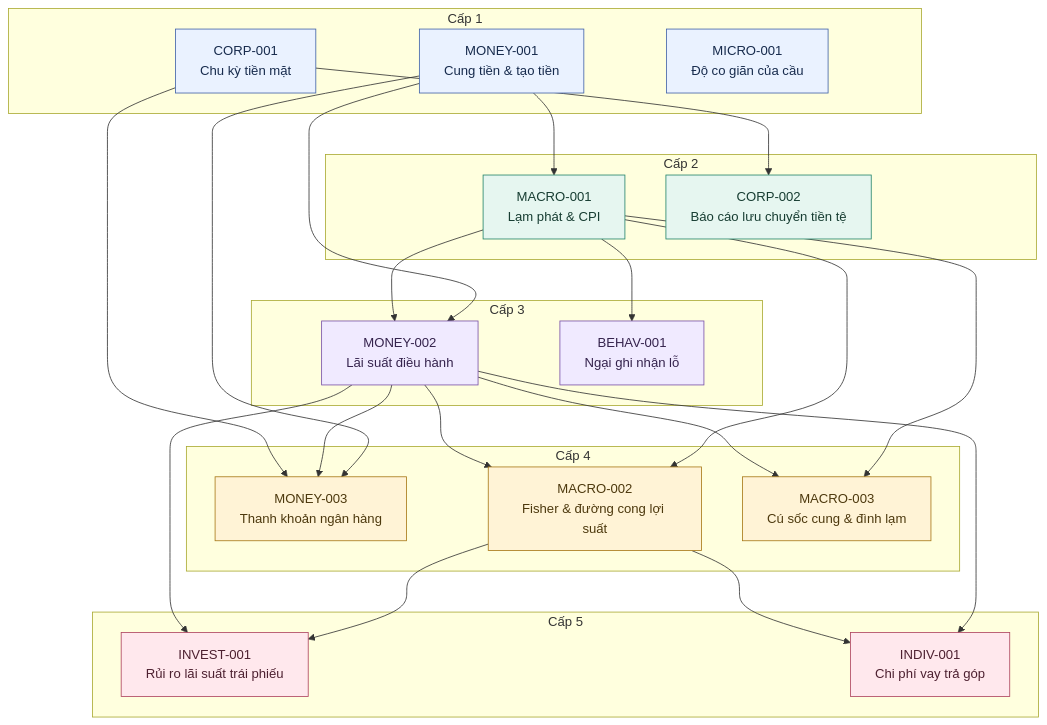
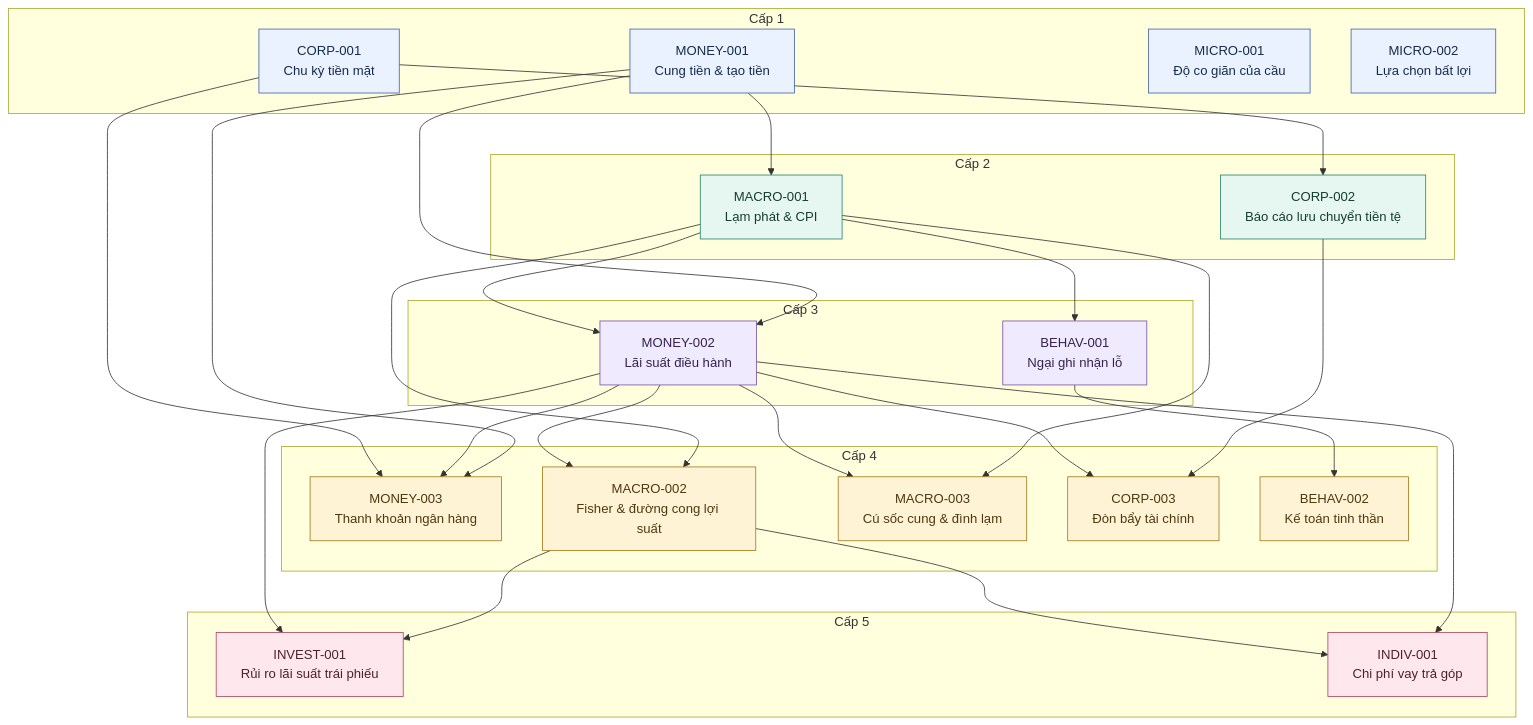
The diagram in LEARNED.md (lewisnguyen32/Eco-Random-Learning), drawn with Mermaid before and after one commit. The commit also changed other lines of this file and 10 other files, not shown here.

````diff
--- a/LEARNED.md
+++ b/LEARNED.md
@@ -15,57 +15,63 @@
 ```mermaid
 flowchart TB
     subgraph LEVEL_1["Cấp 1"]
         MONEY_001["MONEY-001<br/>Cung tiền & tạo tiền"]
         CORP_001["CORP-001<br/>Chu kỳ tiền mặt"]
         MICRO_001["MICRO-001<br/>Độ co giãn của cầu"]
+        MICRO_002["MICRO-002<br/>Lựa chọn bất lợi"]
     end
 
     subgraph LEVEL_2["Cấp 2"]
         MACRO_001["MACRO-001<br/>Lạm phát & CPI"]
         CORP_002["CORP-002<br/>Báo cáo lưu chuyển tiền tệ"]
     end
 
     subgraph LEVEL_3["Cấp 3"]
         MONEY_002["MONEY-002<br/>Lãi suất điều hành"]
         BEHAV_001["BEHAV-001<br/>Ngại ghi nhận lỗ"]
     end
 
     subgraph LEVEL_4["Cấp 4"]
         MONEY_003["MONEY-003<br/>Thanh khoản ngân hàng"]
         MACRO_002["MACRO-002<br/>Fisher & đường cong lợi suất"]
         MACRO_003["MACRO-003<br/>Cú sốc cung & đình lạm"]
+        CORP_003["CORP-003<br/>Đòn bẩy tài chính"]
+        BEHAV_002["BEHAV-002<br/>Kế toán tinh thần"]
     end
 
     subgraph LEVEL_5["Cấp 5"]
         INVEST_001["INVEST-001<br/>Rủi ro lãi suất trái phiếu"]
         INDIV_001["INDIV-001<br/>Chi phí vay trả góp"]
     end
 
     MONEY_001 --> MACRO_001
     CORP_001 --> CORP_002
     MONEY_001 --> MONEY_002
     MACRO_001 --> MONEY_002
     MACRO_001 --> BEHAV_001
     MONEY_001 --> MONEY_003
     MONEY_002 --> MONEY_003
     CORP_001 --> MONEY_003
     MACRO_001 --> MACRO_002
     MONEY_002 --> MACRO_002
     MACRO_001 --> MACRO_003
     MONEY_002 --> MACRO_003
     MACRO_002 --> INVEST_001
     MONEY_002 --> INVEST_001
     MONEY_002 --> INDIV_001
     MACRO_002 --> INDIV_001
+    CORP_002 --> CORP_003
+    MONEY_002 --> CORP_003
+    BEHAV_001 --> BEHAV_002
 
     classDef level1 fill:#eaf2ff,stroke:#4263a8,color:#172b4d
     classDef level2 fill:#e6f6f0,stroke:#25856b,color:#173d32
     classDef level3 fill:#f0eaff,stroke:#7952a8,color:#35234d
     classDef level4 fill:#fff3d6,stroke:#a87918,color:#4d390e
     classDef level5 fill:#ffe8ed,stroke:#ae4560,color:#4d2030
-    class MONEY_001,CORP_001,MICRO_001 level1
+    class MONEY_001,CORP_001,MICRO_001,MICRO_002 level1
     class MACRO_001,CORP_002 level2
     class MONEY_002,BEHAV_001 level3
-    class MONEY_003,MACRO_002,MACRO_003 level4
+    class MONEY_003,MACRO_002,MACRO_003,CORP_003,BEHAV_002 level4
     class INVEST_001,INDIV_001 level5
 ```
````
